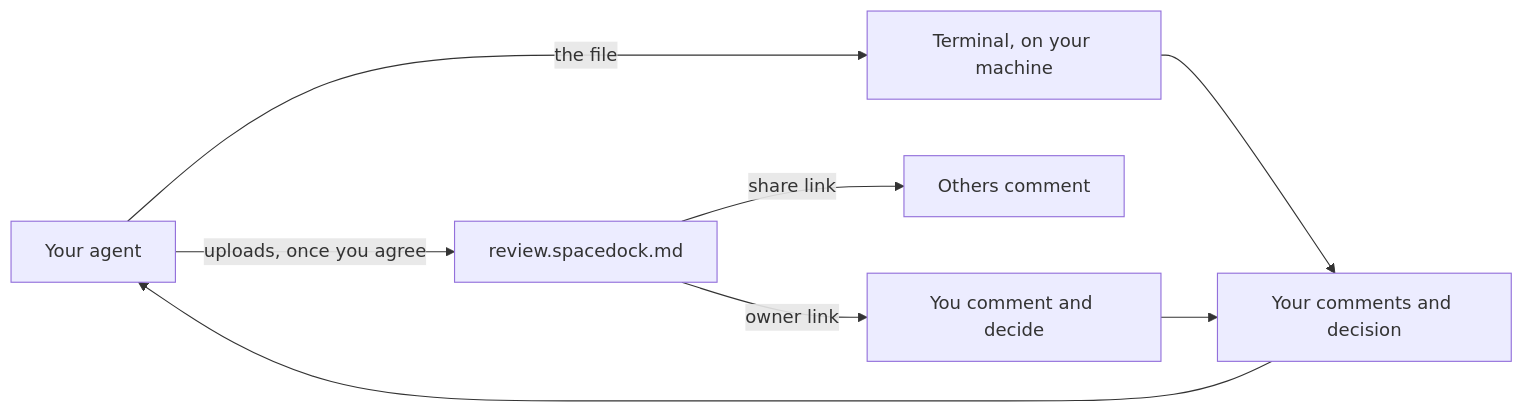
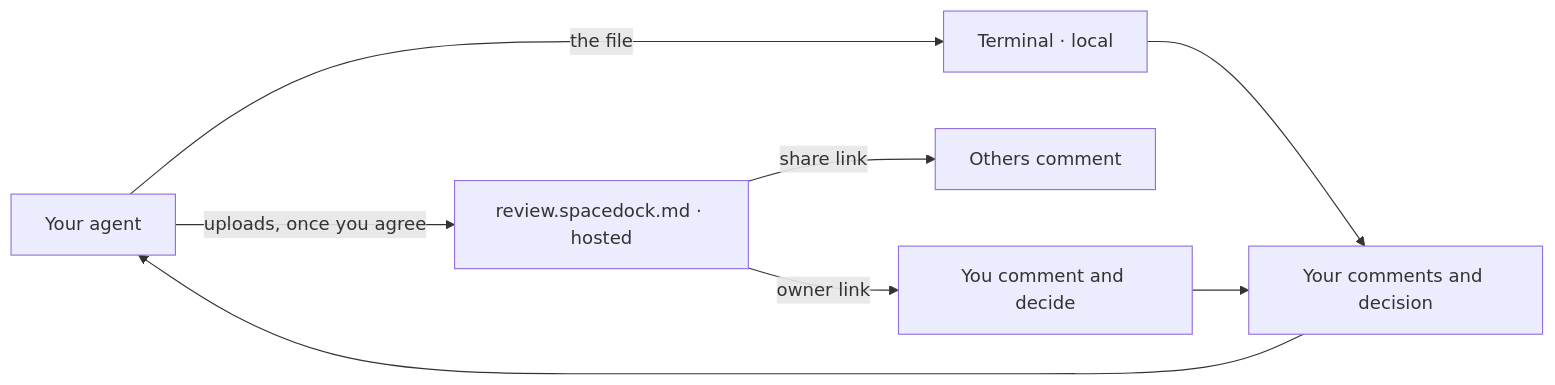
Before and after one commit to spacedock-dev/spacedock: the diagram in docs/site/review/index.md, drawn with Mermaid. The commit also changed other lines of this file and 27 other files, not shown here.

````diff
--- a/docs/site/review/index.md
+++ b/docs/site/review/index.md
@@ -14,10 +22,10 @@
 ```mermaid
 flowchart LR
-  A[Your agent] -->|the file| T[Terminal, on your machine]
-  A -->|uploads, once you agree| W[review.spacedock.md]
+  A[Your agent] -->|the file| T[Terminal · local]
+  A -->|uploads, once you agree| W[review.spacedock.md · hosted]
   W -->|share link| C[Others comment]
   W -->|owner link| O[You comment and decide]
   T --> R[Your comments and decision]
   O --> R
   R --> A
 ```
````
